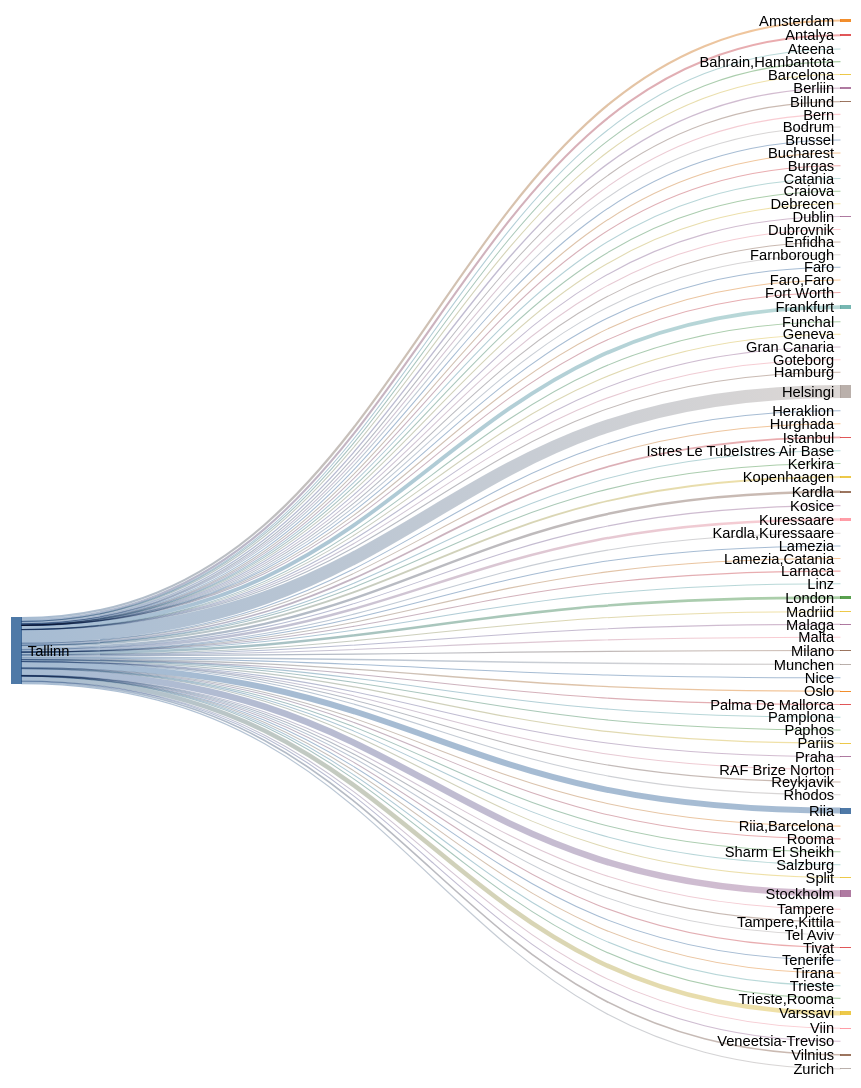
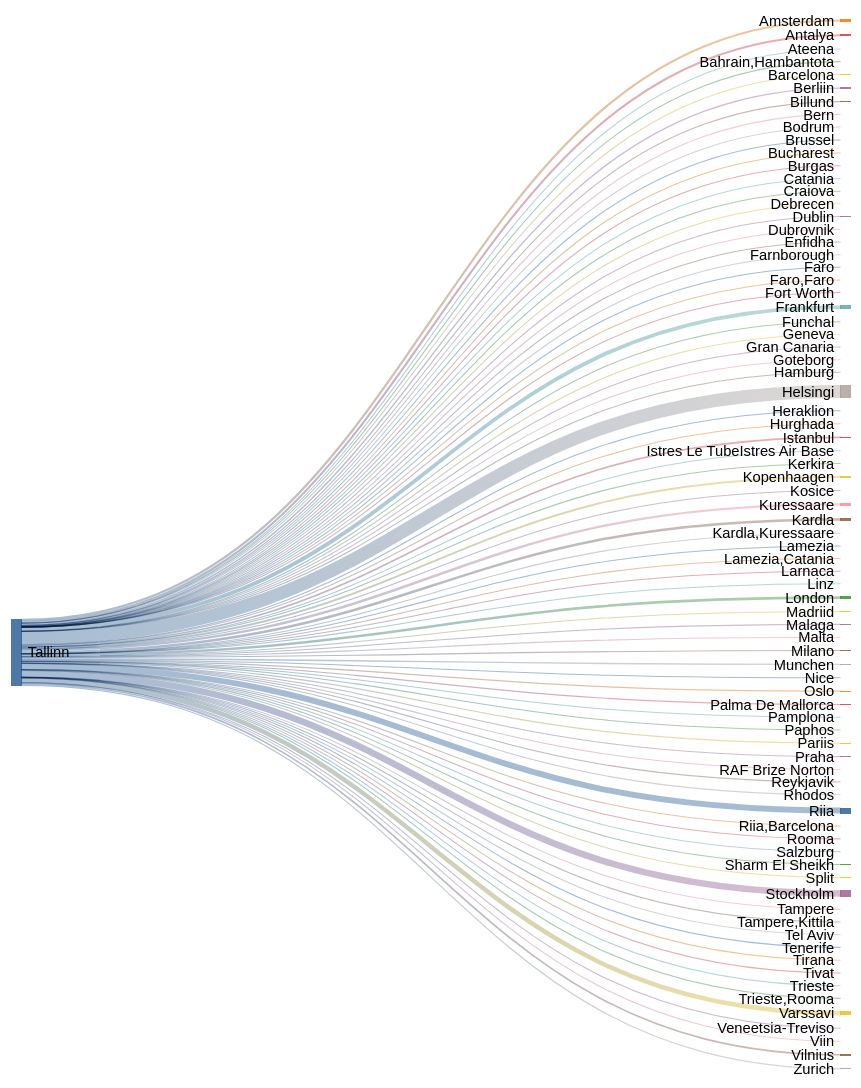
One commit to rainermesi/tll-airport-departures changed the second of 2 diagrams in README.md. Above: the diagram before and after it, drawn with Mermaid (forest theme). The commit also changed other lines of this file and 1 other file, not shown here.

````diff
--- a/README.md
+++ b/README.md
@@ -41,16 +41,16 @@
 ---
 sankey-beta
 %% source,target,value
-Tallinn,Amsterdam,581
-Tallinn,Antalya,558
+Tallinn,Amsterdam,583
+Tallinn,Antalya,560
 Tallinn,Ateena,16
 Tallinn,"Bahrain,Hambantota",1
 Tallinn,Barcelona,163
-Tallinn,Berliin,362
+Tallinn,Berliin,364
 Tallinn,Bern,1
 Tallinn,Billund,87
 Tallinn,Bodrum,14
-Tallinn,Brussel,223
+Tallinn,Brussel,224
 Tallinn,Bucharest,1
 Tallinn,Burgas,67
 Tallinn,Catania,2
@@ -63,50 +63,50 @@
 Tallinn,Faro,4
 Tallinn,"Faro,Faro",1
 Tallinn,Fort Worth,1
-Tallinn,Frankfurt,1015
-Tallinn,Funchal,8
+Tallinn,Frankfurt,1017
+Tallinn,Funchal,9
 Tallinn,Geneva,13
 Tallinn,Gran Canaria,38
 Tallinn,Goteborg,2
 Tallinn,Hamburg,2
-Tallinn,Helsingi,3401
+Tallinn,Helsingi,3411
 Tallinn,Heraklion,135
 Tallinn,Hurghada,77
-Tallinn,Istanbul,441
+Tallinn,Istanbul,443
 Tallinn,Istres Le TubeIstres Air Base,2
 Tallinn,Kerkira,4
-Tallinn,Kopenhaagen,492
+Tallinn,Kopenhaagen,495
 Tallinn,Kosice,1
-Tallinn,Kuressaare,644
-Tallinn,Kardla,646
+Tallinn,Kuressaare,646
+Tallinn,Kardla,648
 Tallinn,"Kardla,Kuressaare",1
 Tallinn,Lamezia,5
 Tallinn,"Lamezia,Catania",3
 Tallinn,Larnaca,8
 Tallinn,Linz,2
-Tallinn,London,658
+Tallinn,London,659
 Tallinn,Madriid,5
 Tallinn,Malaga,140
 Tallinn,Malta,36
 Tallinn,Milano,286
-Tallinn,Munchen,365
+Tallinn,Munchen,367
 Tallinn,Nice,66
-Tallinn,Oslo,342
+Tallinn,Oslo,343
 Tallinn,Palma De Mallorca,40
 Tallinn,Pamplona,1
 Tallinn,Paphos,66
-Tallinn,Pariis,304
+Tallinn,Pariis,306
 Tallinn,Praha,101
 Tallinn,RAF Brize Norton,1
 Tallinn,Reykjavik,20
-Tallinn,Rhodos,73
-Tallinn,Riia,1547
+Tallinn,Rhodos,74
+Tallinn,Riia,1551
 Tallinn,"Riia,Barcelona",1
 Tallinn,Rooma,80
 Tallinn,Salzburg,14
-Tallinn,Sharm El Sheikh,119
+Tallinn,Sharm El Sheikh,120
 Tallinn,Split,67
-Tallinn,Stockholm,1704
+Tallinn,Stockholm,1709
 Tallinn,Tampere,17
 Tallinn,"Tampere,Kittila",21
 Tallinn,Tel Aviv,2
@@ -115,11 +115,11 @@
 Tallinn,Tivat,80
 Tallinn,Trieste,1
 Tallinn,"Trieste,Rooma",1
-Tallinn,Varssavi,1181
+Tallinn,Varssavi,1184
 Tallinn,Veneetsia-Treviso,67
 Tallinn,Viin,106
-Tallinn,Vilnius,431
-Tallinn,Zurich,306
+Tallinn,Vilnius,433
+Tallinn,Zurich,307
 
 
 ```
````
